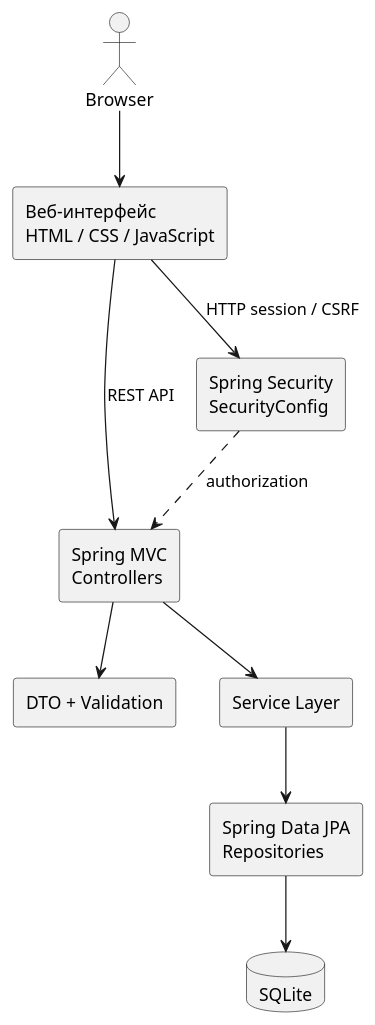
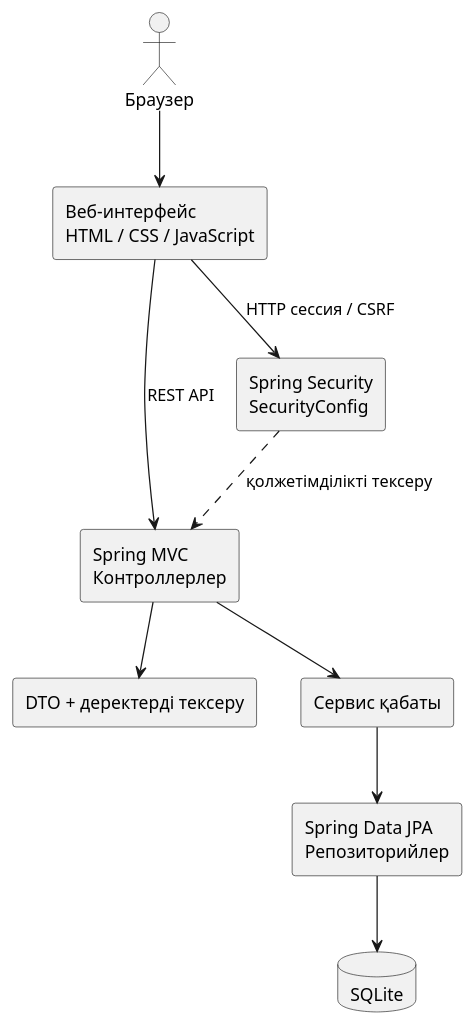
One commit to FURIA-Team/-SIEM changed the diagram in docs/UML/component.puml. Above: the diagram before and after it, drawn with PlantUML.

Commit message:
docs: translate UML diagram labels into Kazakh

```diff
--- a/docs/UML/component.puml
+++ b/docs/UML/component.puml
@@ -1,19 +1,19 @@
 @startuml
 skinparam componentStyle rectangle
-actor Browser
+actor "Браузер"
 component "Веб-интерфейс\nHTML / CSS / JavaScript" as UI
-component "Spring MVC\nControllers" as C
-component "DTO + Validation" as DTO
-component "Service Layer" as S
-component "Spring Data JPA\nRepositories" as R
+component "Spring MVC\nКонтроллерлер" as C
+component "DTO + деректерді тексеру" as DTO
+component "Сервис қабаты" as S
+component "Spring Data JPA\nРепозиторийлер" as R
 component "Spring Security\nSecurityConfig" as SEC
 database "SQLite" as DB
-Browser --> UI
-UI --> SEC : HTTP session / CSRF
+"Браузер" --> UI
+UI --> SEC : HTTP сессия / CSRF
 UI --> C : REST API
 C --> DTO
 C --> S
 S --> R
 R --> DB
-SEC ..> C : authorization
+SEC ..> C : қолжетімділікті тексеру
 @enduml
```
